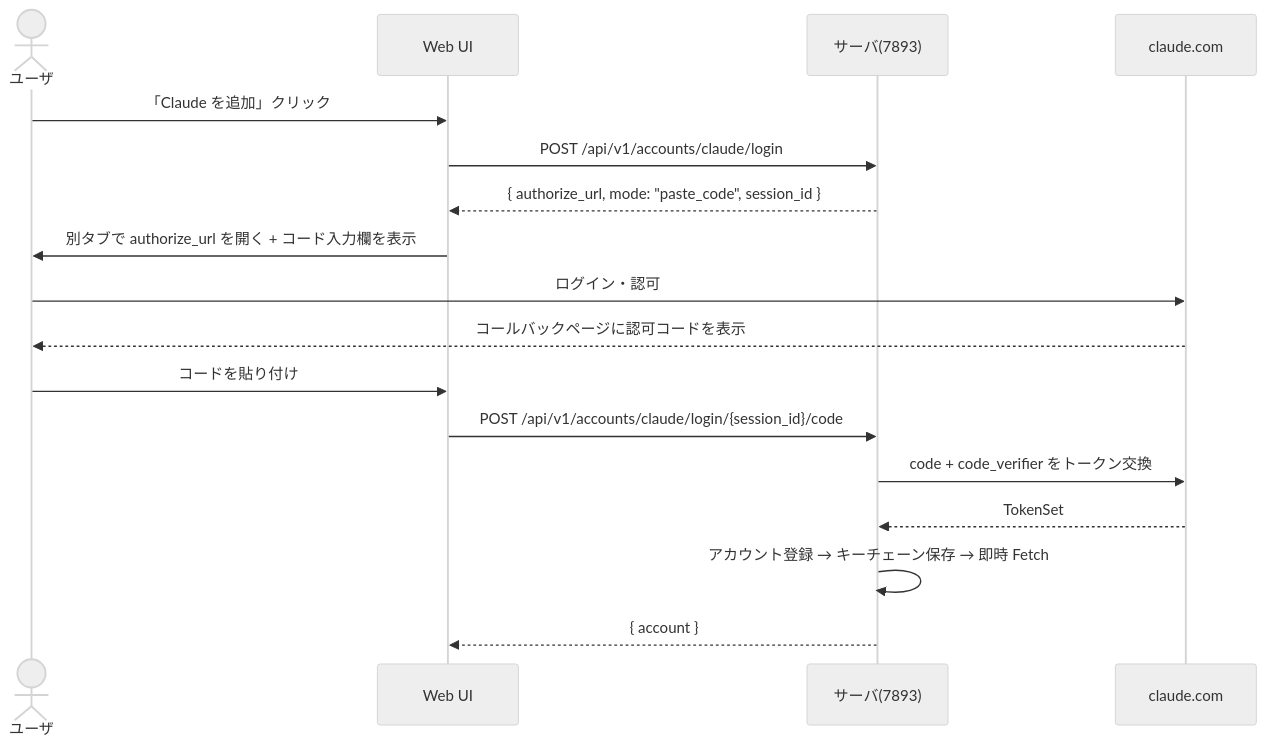
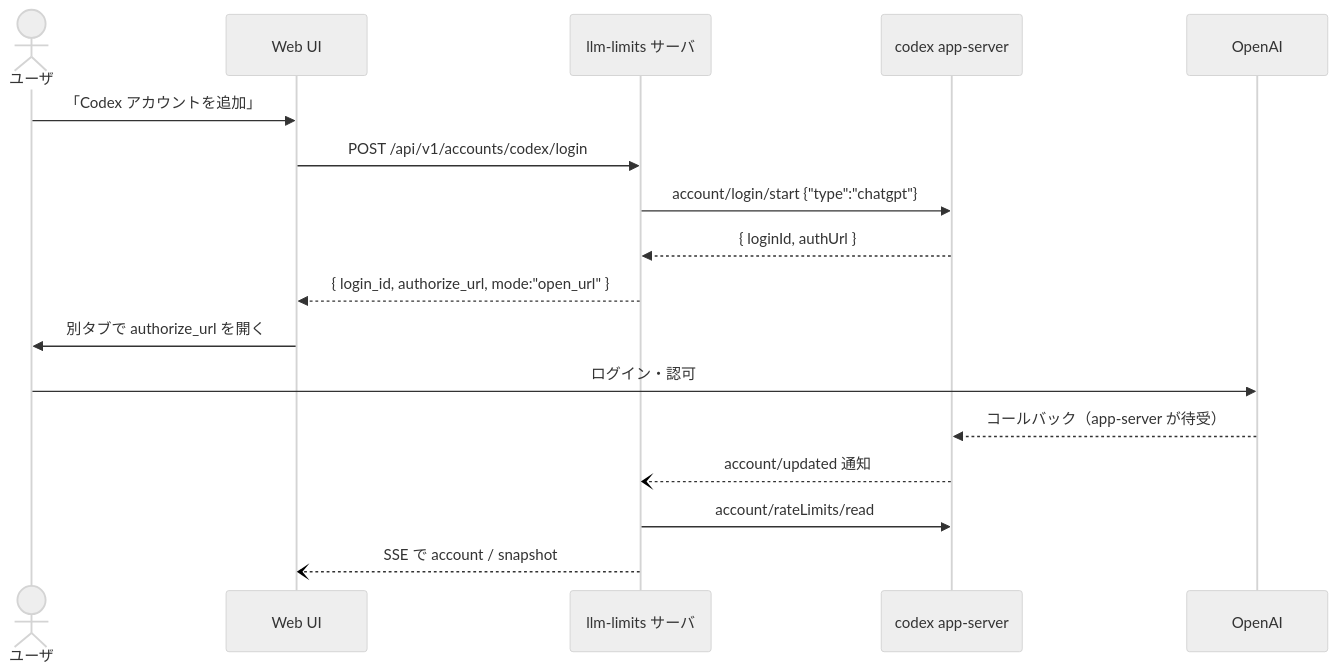
The second of 3 diagrams in docs/design.md (reki2000/llm-limits), drawn with Mermaid (neutral theme) before and after one commit. The commit also changed other lines of this file and 1 other file, not shown here.

````diff
--- a/docs/design.md
+++ b/docs/design.md
@@ -567,20 +500,20 @@
 ```mermaid
 sequenceDiagram
   actor U as ユーザ
   participant UI as Web UI
-  participant S as サーバ(7893)
-  participant P as claude.com
+  participant S as llm-limits サーバ
+  participant AS as codex app-server
+  participant P as OpenAI
 
-  U->>UI: 「Claude を追加」クリック
-  UI->>S: POST /api/v1/accounts/claude/login
-  S-->>UI: { authorize_url, mode: "paste_code", session_id }
-  UI->>U: 別タブで authorize_url を開く + コード入力欄を表示
+  U->>UI: 「Codex アカウントを追加」
+  UI->>S: POST /api/v1/accounts/codex/login
+  S->>AS: account/login/start {"type":"chatgpt"}
+  AS-->>S: { loginId, authUrl }
+  S-->>UI: { login_id, authorize_url, mode:"open_url" }
+  UI->>U: 別タブで authorize_url を開く
   U->>P: ログイン・認可
-  P-->>U: コールバックページに認可コードを表示
-  U->>UI: コードを貼り付け
-  UI->>S: POST /api/v1/accounts/claude/login/{session_id}/code
-  S->>P: code + code_verifier をトークン交換
-  P-->>S: TokenSet
-  S->>S: アカウント登録 → キーチェーン保存 → 即時 Fetch
-  S-->>UI: { account }
+  P-->>AS: コールバック（app-server が待受）
+  AS--)S: account/updated 通知
+  S->>AS: account/rateLimits/read
+  S--)UI: SSE で account / snapshot
 ```
````
